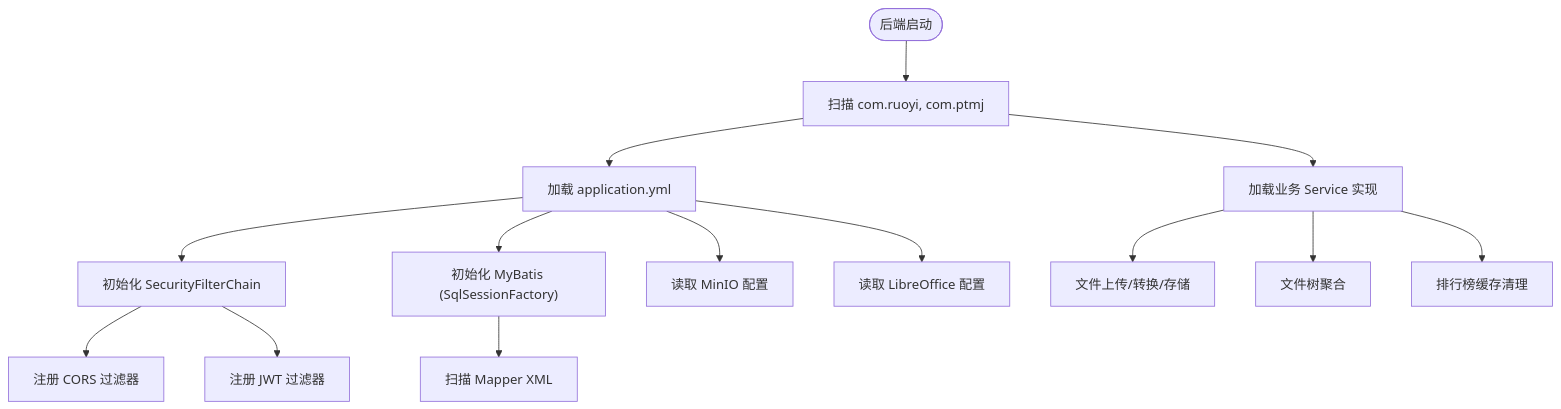
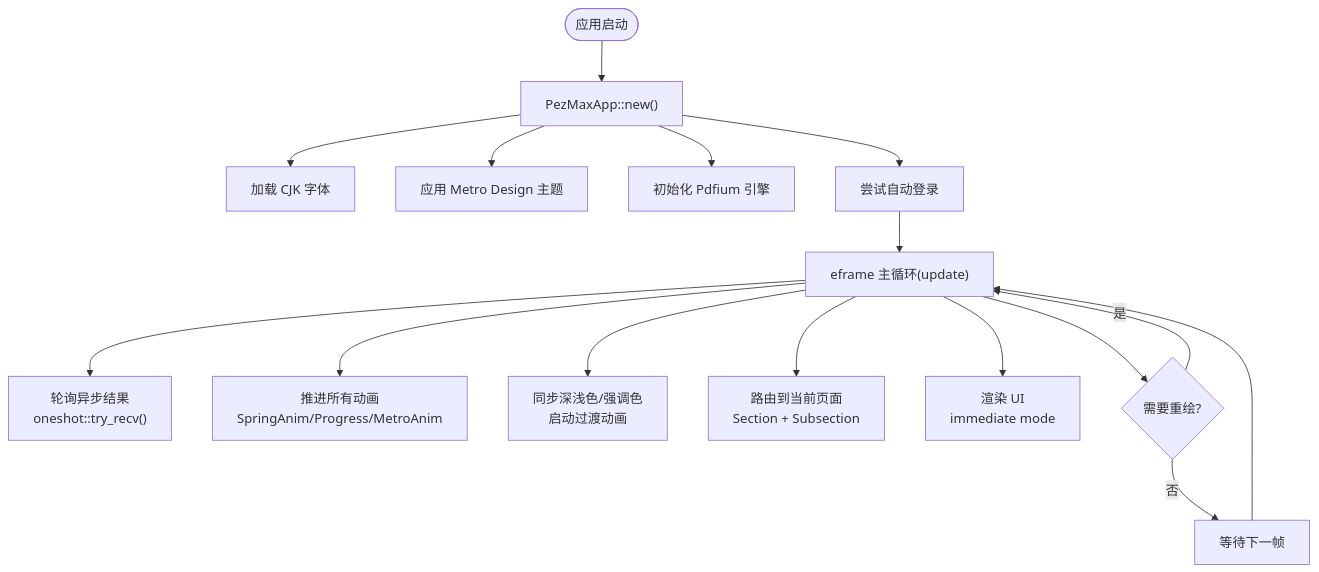
The fourth of 7 diagrams in repowiki/zh/content/系统架构设计/整体架构概览.md (PezMax/PezMax-One), drawn with Mermaid before and after one commit. The commit also changed other lines of this file and 12 other files, not shown here.

````diff
--- a/repowiki/zh/content/系统架构设计/整体架构概览.md
+++ b/repowiki/zh/content/系统架构设计/整体架构概览.md
@@ -164,16 +165,18 @@
 ```mermaid
 flowchart TD
-Start(["后端启动"]) --> Scan["扫描 com.ruoyi, com.ptmj"]
-Scan --> LoadCfg["加载 application.yml"]
-LoadCfg --> Sec["初始化 SecurityFilterChain"]
-Sec --> Cors["注册 CORS 过滤器"]
-Sec --> Jwt["注册 JWT 过滤器"]
-LoadCfg --> MyBatis["初始化 MyBatis (SqlSessionFactory)"]
-MyBatis --> Mapper["扫描 Mapper XML"]
-LoadCfg --> MinIO["读取 MinIO 配置"]
-LoadCfg --> Office["读取 LibreOffice 配置"]
-Scan --> Service["加载业务 Service 实现"]
-Service --> Upload["文件上传/转换/存储"]
-Service --> Tree["文件树聚合"]
-Service --> Cache["排行榜缓存清理"]
+Start(["应用启动"]) --> Init["PezMaxApp::new()"]
+Init --> Fonts["加载 CJK 字体"]
+Init --> Theme["应用 Metro Design 主题"]
+Init --> PDF["初始化 Pdfium 引擎"]
+Init --> AutoLogin["尝试自动登录"]
+AutoLogin --> Loop["eframe 主循环(update)"]
+Loop --> PollAsync["轮询异步结果<br/>oneshot::try_recv()"]
+Loop --> UpdateAnim["推进所有动画<br/>SpringAnim/Progress/MetroAnim"]
+Loop --> ThemeSync["同步深浅色/强调色<br/>启动过渡动画"]
+Loop --> Route["路由到当前页面<br/>Section + Subsection"]
+Loop --> Render["渲染 UI<br/>immediate mode"]
+Loop --> Repaint{"需要重绘?"}
+Repaint --> |是| Loop
+Repaint --> |否| Wait["等待下一帧"]
+Wait --> Loop
 ```
````
